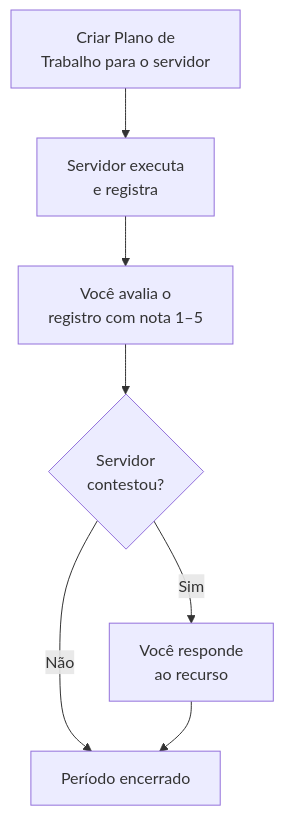
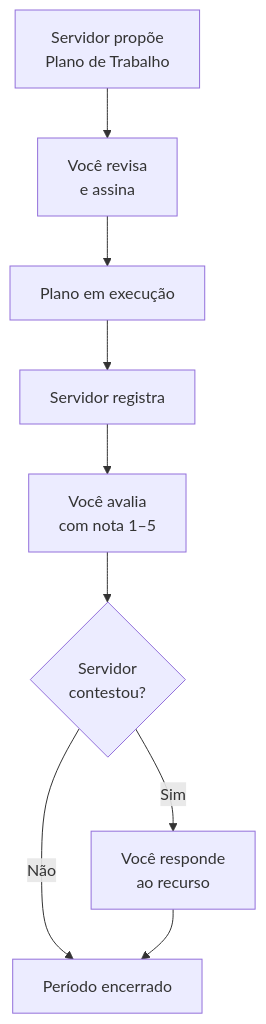
The diagram in docs/chefia/visao-geral.md (pgdgovbr/docs), drawn with Mermaid before and after one commit. The commit also changed other lines of this file and 20 other files, not shown here.

````diff
--- a/docs/chefia/visao-geral.md
+++ b/docs/chefia/visao-geral.md
@@ -7,9 +7,11 @@
 ```mermaid
 graph TD
-    A[Criar Plano de<br/>Trabalho para o servidor] --> B[Servidor executa<br/>e registra]
-    B --> C[Você avalia o<br/>registro com nota 1–5]
-    C --> D{Servidor<br/>contestou?}
-    D -->|Não| E[Período encerrado]
-    D -->|Sim| F[Você responde<br/>ao recurso]
-    F --> E
+    A[Servidor propõe<br/>Plano de Trabalho] --> B[Você revisa<br/>e assina]
+    B --> C[Plano em execução]
+    C --> D[Servidor registra]
+    D --> E[Você avalia<br/>com nota 1–5]
+    E --> F{Servidor<br/>contestou?}
+    F -->|Não| G[Período encerrado]
+    F -->|Sim| H[Você responde<br/>ao recurso]
+    H --> G
 ```
````
